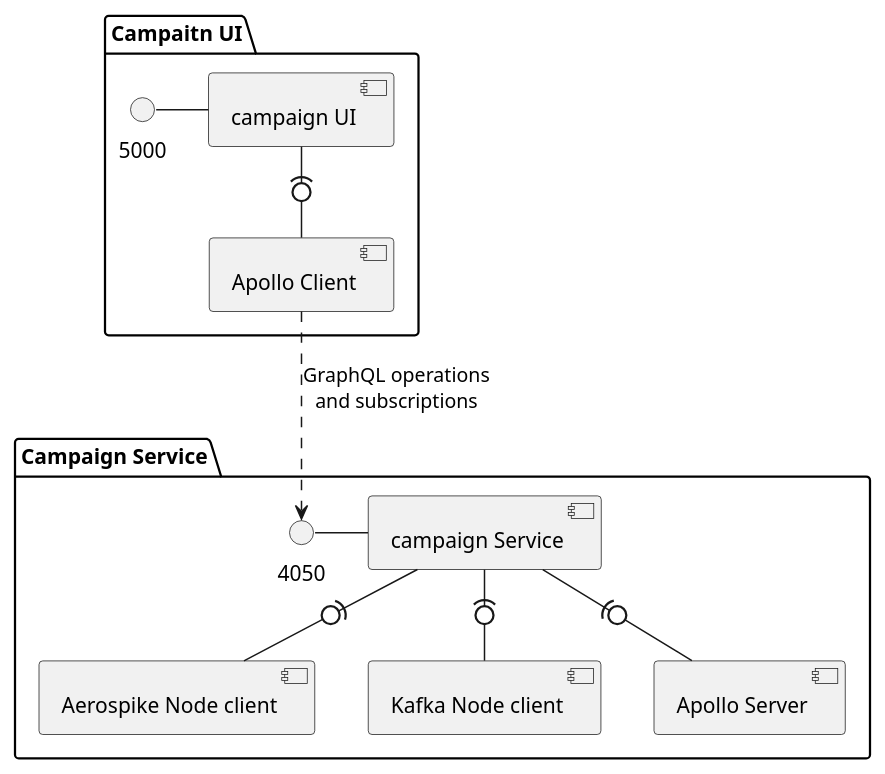
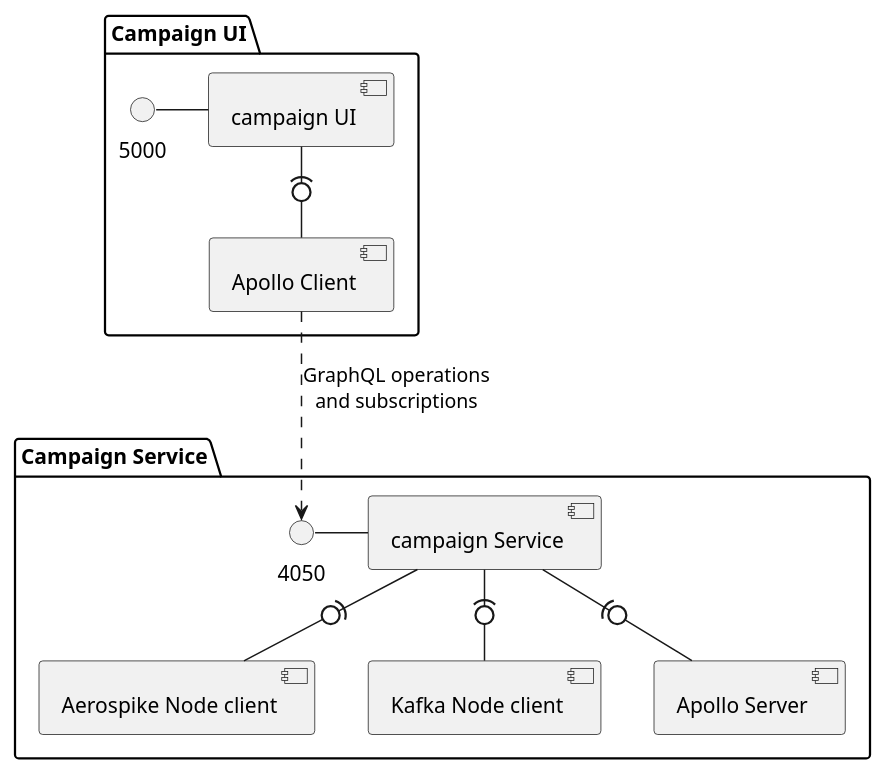
One commit to helipilot50/real-time-reporting-aerospike-kafka changed the diagram in architecture/campaign-service-component-detail.puml. Above: the diagram before and after it, drawn with PlantUML. The commit also changed 1 other file, not shown here.

```diff
--- a/architecture/campaign-service-component-detail.puml
+++ b/architecture/campaign-service-component-detail.puml
@@ -1,27 +1,27 @@
 @startuml
 skinparam componentStyle uml2
 
 package "Campaign Service" {
     () "4050" as campaignSocket
     component "campaign Service" as campaignService
     campaignSocket - campaignService
     component "Aerospike Node client" as campNodeCore
     campaignService -(0- campNodeCore
     component "Kafka Node client" as campNodeKafka
     campaignService -(0- campNodeKafka
     component "Apollo Server" as campApolloServer
     campaignService -(0- campApolloServer
 }
-package "Campaitn UI" {
+package "Campaign UI" {
     () "5000" as campaignUISocket
     component "campaign UI" as campaignUI
     campaignUISocket - campaignUI
     component "Apollo Client" as apolloClient
     campaignUI -(0- apolloClient
 
 }
 
 
 apolloClient ..> campaignSocket: GraphQL operations\nand subscriptions
 
 @enduml
```
